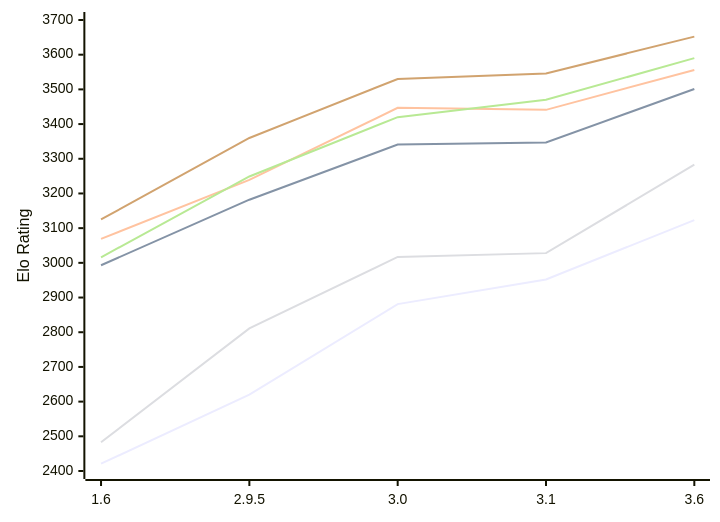
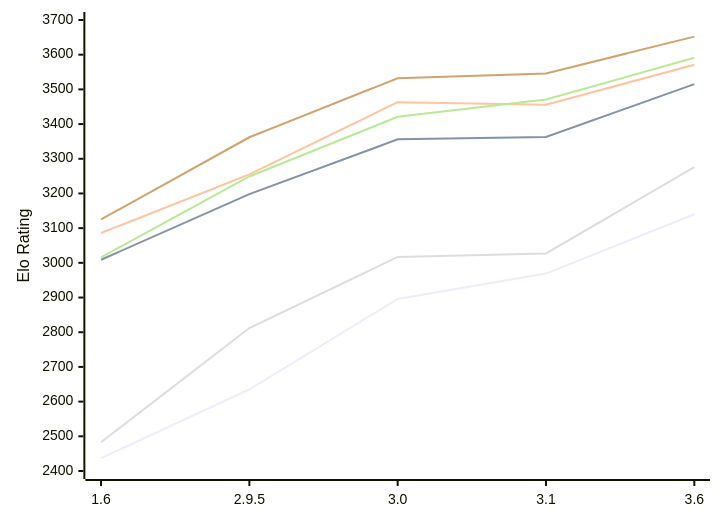
The diagram in engines/Chessenger.md (computer-chess-index/cci), drawn with Mermaid before and after one commit. The commit also changed other lines of this file, not shown here.

Commit message:
Update CCI Ratings (ELO VLTC) - 2026-11-11

````diff
--- a/engines/Chessenger.md
+++ b/engines/Chessenger.md
@@ -55,12 +55,12 @@
 ```mermaid
 %%{init: {"theme":"base","themeVariables":{"seriesColors:['#a3a3a3','#222221','#faa371']}}}%%
 xychart-beta
   x-axis ["1.6", "2.9.5", "3.0", "3.1", "3.6"]
   y-axis "Elo Rating" 2400 --> 3700
-  line "E1: STC (8.0+0.08s)" [2421, 2620, 2881, 2952, 3123]
-  line "E1: LTC (60.0+0.60s)" [2993, 3182, 3341, 3347, 3501]
-  line "E1: VLTC (2m24s+1.12s)" [3069, 3239, 3447, 3441, 3556]
-  line "P1: STC (8.0+0.08s)" [2483, 2811, 3017, 3028, 3283]
-  line "P1: LTC (60.0+0.60s)" [3016, 3249, 3420, 3470, 3590]
-  line "P1: VLTC (2m24s+1.12s)" [3125, 3360, 3530, 3546, 3652]
+  line "E1: STC (8.0+0.08s)" [2437, 2635, 2896, 2969, 3140]
+  line "E1: LTC (60.0+0.60s)" [3009, 3198, 3356, 3363, 3515]
+  line "E1: VLTC (2m24s+1.12s)" [3086, 3255, 3463, 3456, 3571]
+  line "P1: STC (8.0+0.08s)" [2483, 2812, 3017, 3027, 3276]
+  line "P1: LTC (60.0+0.60s)" [3016, 3249, 3421, 3471, 3591]
+  line "P1: VLTC (2m24s+1.12s)" [3125, 3362, 3532, 3546, 3652]
 ```
````
